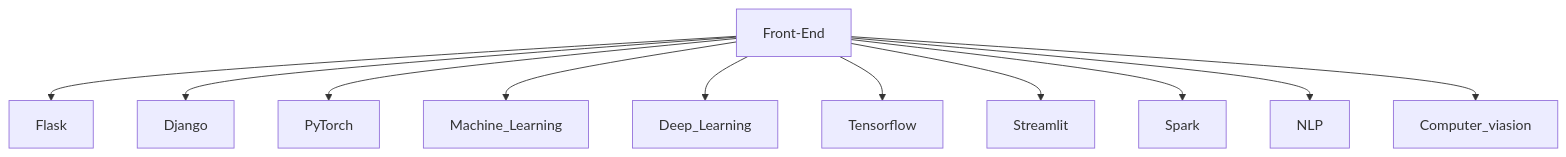
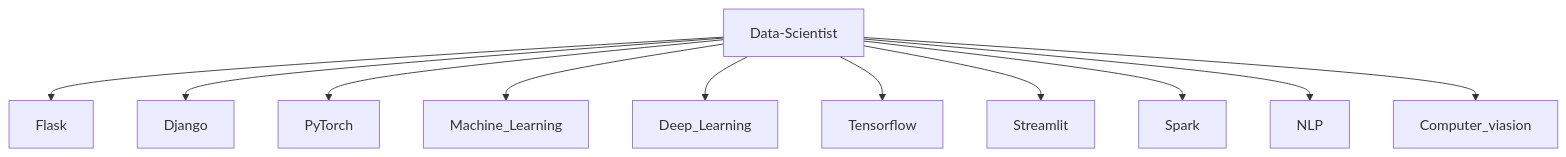
The diagram in README.md (andysingal/andysingal), drawn with Mermaid before and after one commit.

````diff
--- a/README.md
+++ b/README.md
@@ -21,13 +21,13 @@
 ```mermaid
 graph TD;
-    Front-End-->Flask;
-    Front-End-->Django;
-    Front-End-->PyTorch;
-    Front-End-->Machine_Learning;
-    Front-End-->Deep_Learning;
-    Front-End-->Tensorflow;
-    Front-End-->Streamlit;
-    Front-End-->Spark;
-    Front-End-->NLP;
-    Front-End-->Computer_viasion ;
+    Data-Scientist-->Flask;
+    Data-Scientist-->Django;
+    Data-Scientist-->PyTorch;
+    Data-Scientist-->Machine_Learning;
+    Data-Scientist-->Deep_Learning;
+    Data-Scientist-->Tensorflow;
+    Data-Scientist-->Streamlit;
+    Data-Scientist-->Spark;
+    Data-Scientist-->NLP;
+    Data-Scientist-->Computer_viasion ;
    ```
````
